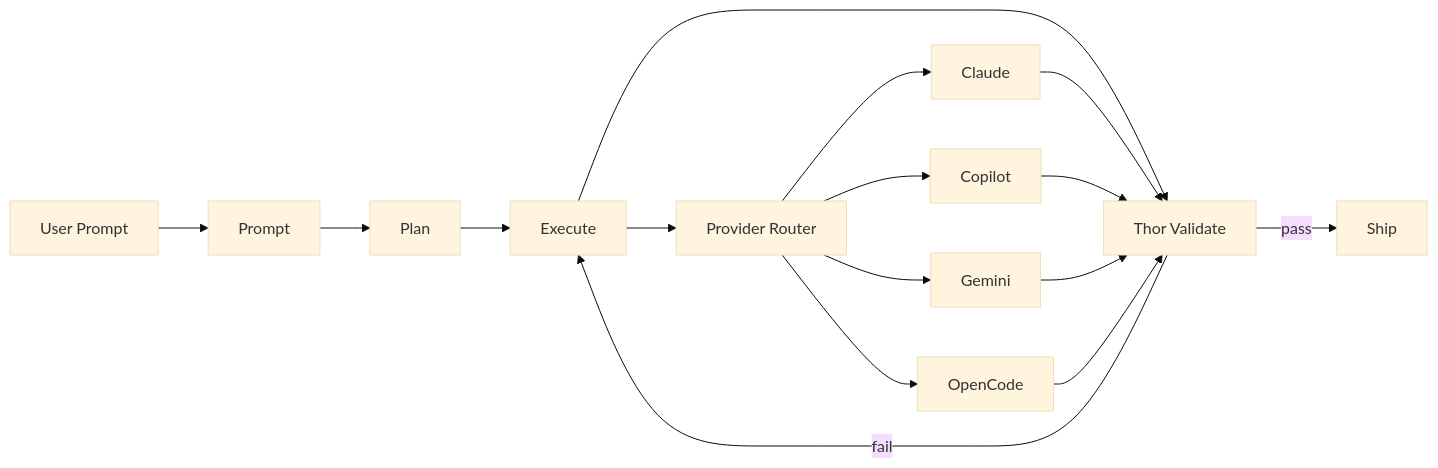
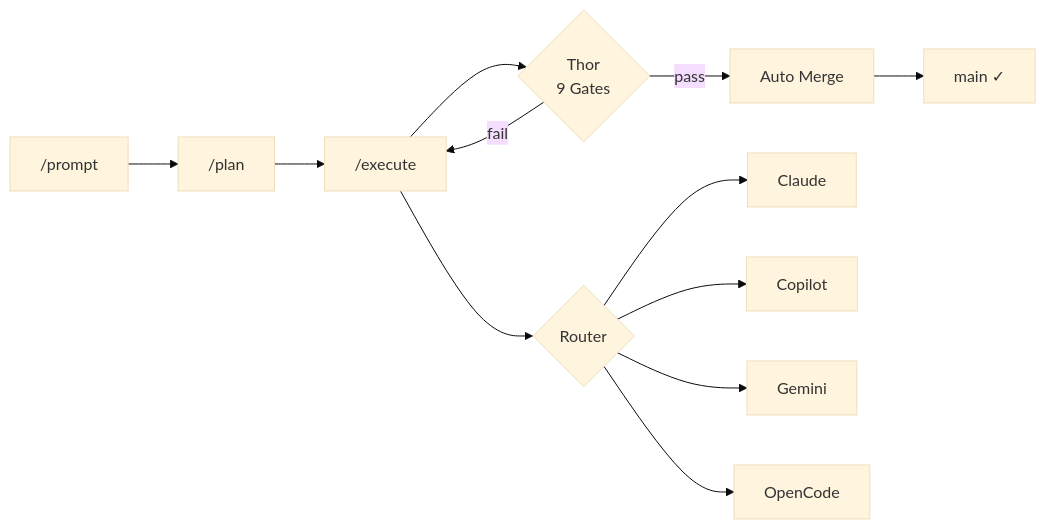
One commit to Roberdan/MyConvergio changed the first of 4 diagrams in README.md. Above: the diagram before and after it, drawn with Mermaid (base theme). The commit also changed other lines of this file and 1 other file, not shown here.

````diff
--- a/README.md
+++ b/README.md
@@ -63,18 +86,15 @@
 ```mermaid
 flowchart LR
-    A[User Prompt] --> B[Prompt]
-    B --> C[Plan]
-    C --> D[Execute]
-    D --> E[Thor Validate]
-    E -->|pass| F[Ship]
-    E -->|fail| D
-    D --> R[Provider Router]
-    R --> P1[Claude]
-    R --> P2[Copilot]
-    R --> P3[Gemini]
-    R --> P4[OpenCode]
-    P1 --> E
-    P2 --> E
-    P3 --> E
-    P4 --> E
+    A["/prompt"] --> B["/plan"]
+    B --> C["/execute"]
+    C --> D{"Thor\n9 Gates"}
+    D -->|fail| C
+    D -->|pass| E["Auto Merge"]
+    E --> F["main ✓"]
+
+    C --> R{Router}
+    R --> P1["Claude"]
+    R --> P2["Copilot"]
+    R --> P3["Gemini"]
+    R --> P4["OpenCode"]
 ```
````
